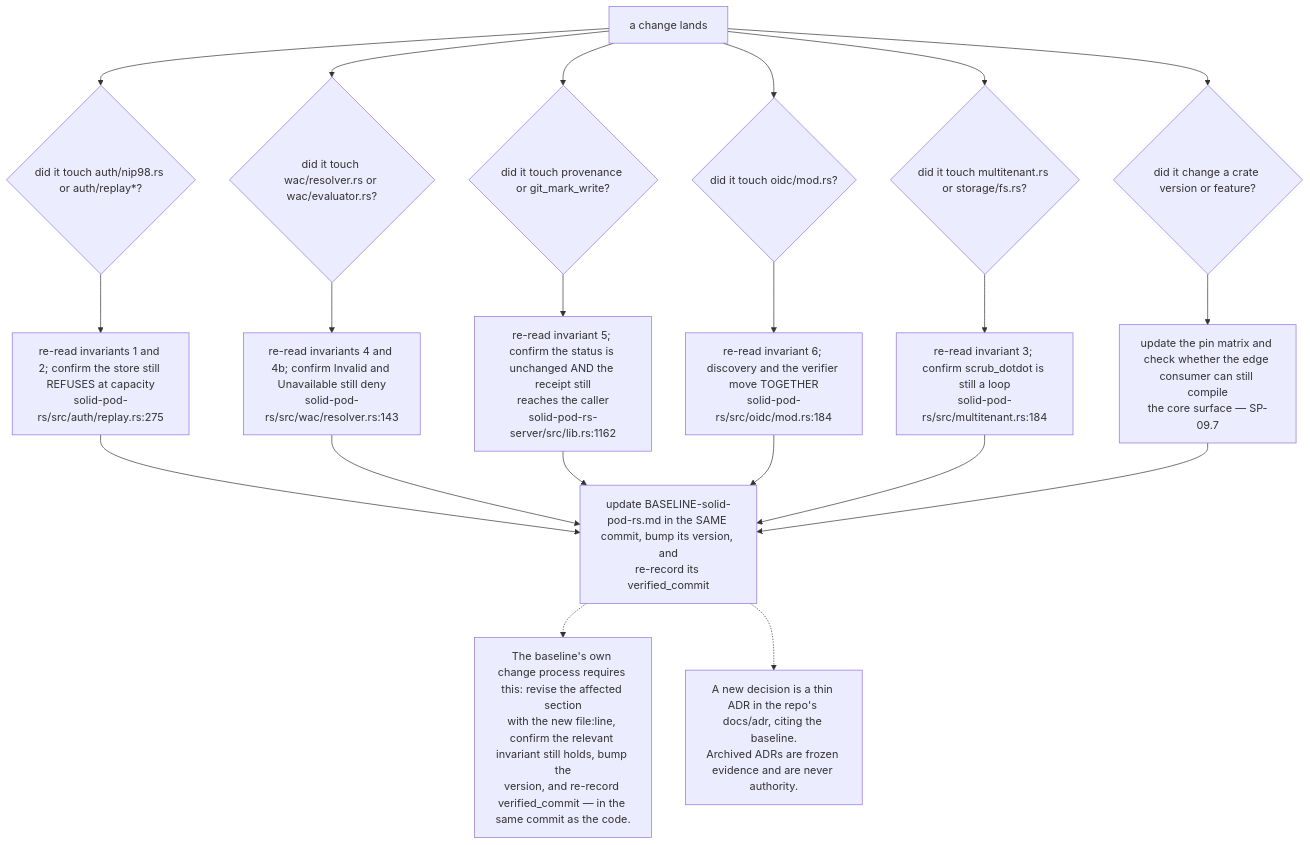
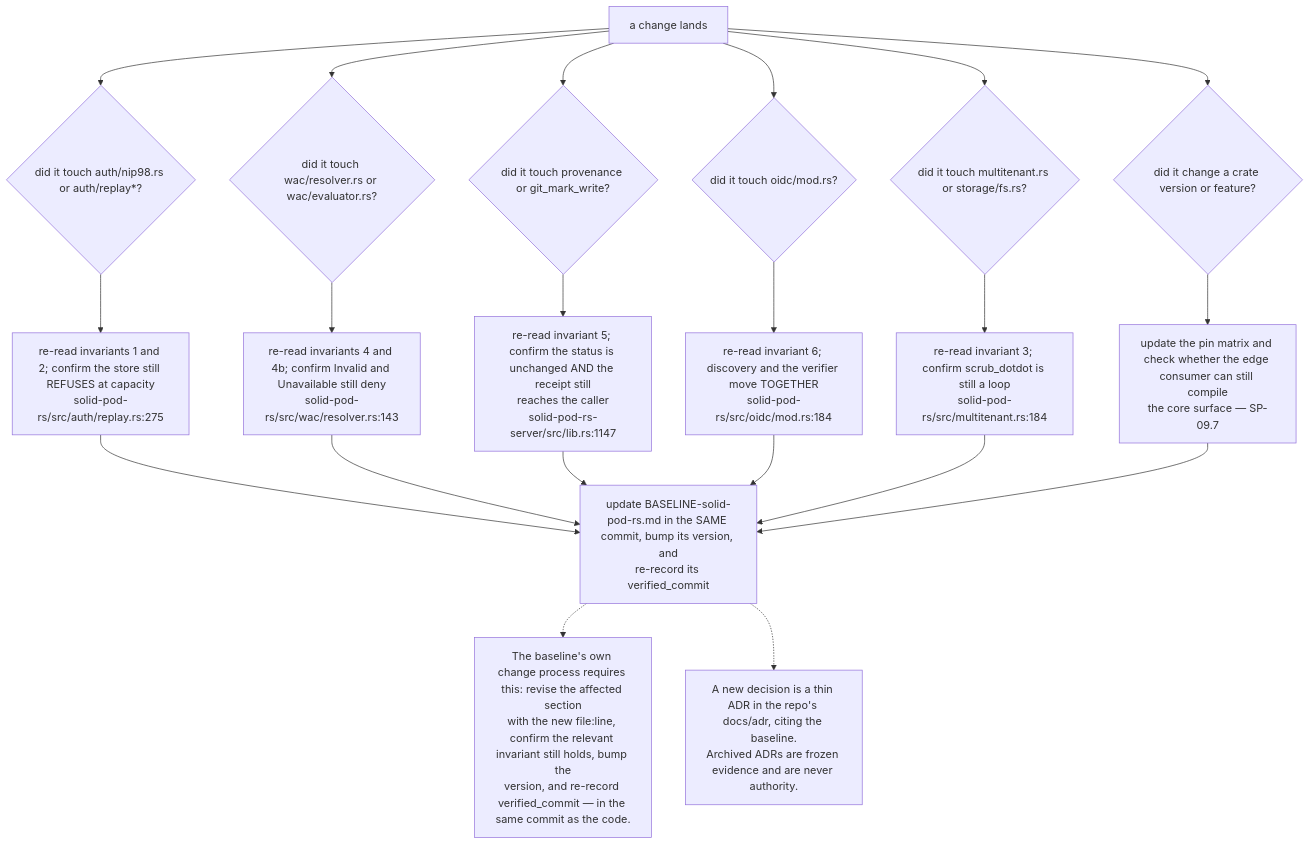
Diagram 11 of 12 in docs/diagrams/solid-pod-rs/10-failure-modes-and-invariants.md (DreamLab-AI/VisionFlow), drawn with Mermaid before and after one commit. The commit also changed other lines of this file and 111 other files, not shown here.

Commit message:
docs(diagrams): align estate maps with current source

````diff
--- a/docs/diagrams/solid-pod-rs/10-failure-modes-and-invariants.md
+++ b/docs/diagrams/solid-pod-rs/10-failure-modes-and-invariants.md
@@ -306,30 +305,30 @@
 ```mermaid
 flowchart TD
     START["a change lands"]
     Q1{"did it touch auth/nip98.rs or auth/replay*?"}
     Q2{"did it touch wac/resolver.rs or wac/evaluator.rs?"}
     Q3{"did it touch provenance or git_mark_write?"}
     Q4{"did it touch oidc/mod.rs?"}
     Q5{"did it touch multitenant.rs or storage/fs.rs?"}
     Q6{"did it change a crate version or feature?"}
 
     C1["re-read invariants 1 and 2; confirm the store still REFUSES at capacity<br/>solid-pod-rs/src/auth/replay.rs:275"]
     C2["re-read invariants 4 and 4b; confirm Invalid and Unavailable still deny<br/>solid-pod-rs/src/wac/resolver.rs:143"]
-    C3["re-read invariant 5; confirm the status is unchanged AND the receipt still<br/>reaches the caller<br/>solid-pod-rs-server/src/lib.rs:1162"]
+    C3["re-read invariant 5; confirm the status is unchanged AND the receipt still<br/>reaches the caller<br/>solid-pod-rs-server/src/lib.rs:1147"]
     C4["re-read invariant 6; discovery and the verifier move TOGETHER<br/>solid-pod-rs/src/oidc/mod.rs:184"]
     C5["re-read invariant 3; confirm scrub_dotdot is still a loop<br/>solid-pod-rs/src/multitenant.rs:184"]
     C6["update the pin matrix and check whether the edge consumer can still compile<br/>the core surface — SP-09.7"]
     BL["update BASELINE-solid-pod-rs.md in the SAME commit, bump its version, and<br/>re-record its verified_commit"]
 
     START --> Q1 --> C1 --> BL
     START --> Q2 --> C2 --> BL
     START --> Q3 --> C3 --> BL
     START --> Q4 --> C4 --> BL
     START --> Q5 --> C5 --> BL
     START --> Q6 --> C6 --> BL
 
     N["The baseline's own change process requires this: revise the affected section<br/>with the new file:line, confirm the relevant invariant still holds, bump the<br/>version, and re-record verified_commit — in the same commit as the code."]
     BL -.-> N
     N2["A new decision is a thin ADR in the repo's docs/adr, citing the baseline.<br/>Archived ADRs are frozen evidence and are never authority."]
     BL -.-> N2
 ```
````
